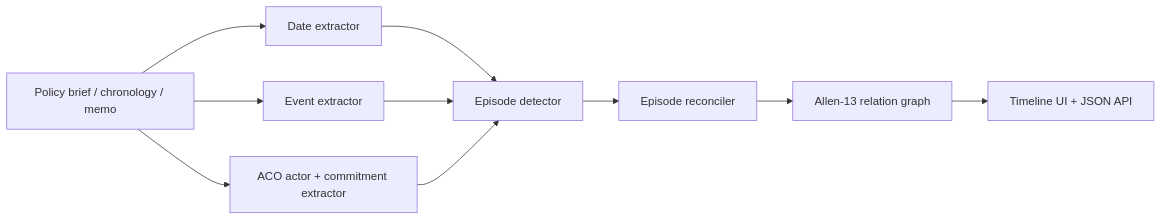
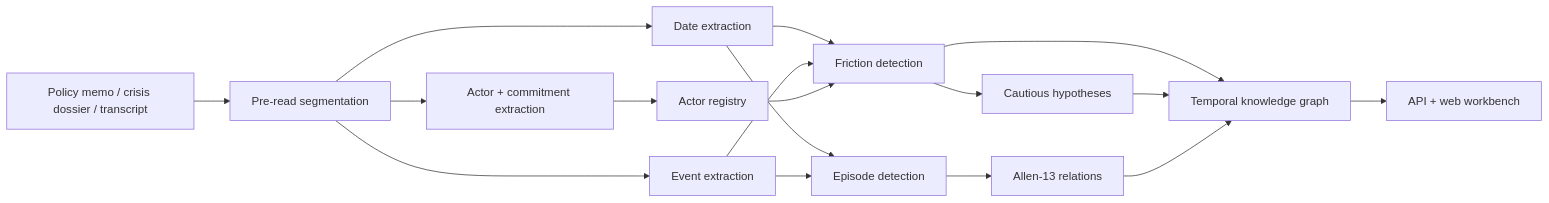
One commit to sargonxg/KAIROS-temporal-vision-TACITUS changed the diagram in README.md. Above: the diagram before and after it, drawn with Mermaid. The commit also changed other lines of this file and 34 other files, not shown here.

Commit message:
Build conflict vision graph pipeline

````diff
--- a/README.md
+++ b/README.md
@@ -34,12 +100,19 @@
 ```mermaid
 flowchart LR
-  A[Policy brief / chronology / memo] --> B[Date extractor]
-  A --> C[Event extractor]
-  A --> D[ACO actor + commitment extractor]
-  B --> E[Episode detector]
-  C --> E
-  D --> E
-  E --> F[Episode reconciler]
-  F --> G[Allen-13 relation graph]
-  G --> H[Timeline UI + JSON API]
+  A[Policy memo / crisis dossier / transcript] --> P[Pre-read segmentation]
+  P --> D[Date extraction]
+  P --> E[Event extraction]
+  P --> C[Actor + commitment extraction]
+  C --> R[Actor registry]
+  D --> F[Friction detection]
+  E --> F
+  R --> F
+  F --> H[Cautious hypotheses]
+  D --> EP[Episode detection]
+  E --> EP
+  EP --> AL[Allen-13 relations]
+  F --> G[Temporal knowledge graph]
+  H --> G
+  AL --> G
+  G --> API[API + web workbench]
 ```
````
